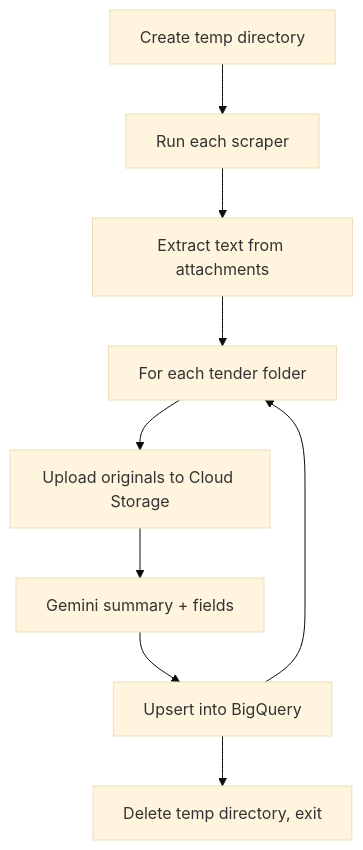
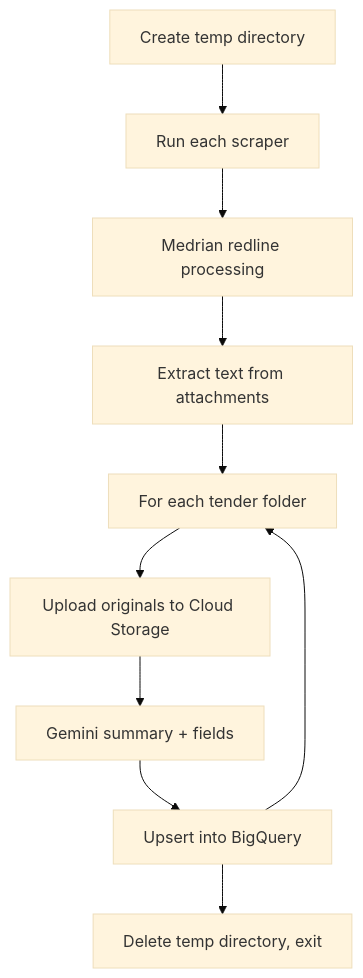
Before and after one commit to UtkristaUwa/CITS3200_57: the second of 4 diagrams in docs/documentation.md, drawn with Mermaid (base theme).

Commit message:
Add Medrian redline step to pipeline diagram

````diff
--- a/docs/documentation.md
+++ b/docs/documentation.md
@@ -153,11 +153,14 @@
 ```mermaid
 flowchart TD
     tmp["Create temp directory"] --> scrape["Run each scraper"]
-    scrape --> extract["Extract text from attachments"]
+    scrape --> medrian["Medrian redline processing"]
+    medrian --> extract["Extract text from attachments"]
     extract --> each["For each tender folder"]
     each --> upload["Upload originals to Cloud Storage"]
     upload --> gemini["Gemini summary + fields"]
     gemini --> upsert["Upsert into BigQuery"]
     upsert --> each
     upsert --> done["Delete temp directory, exit"]
+
+
 ```
````
